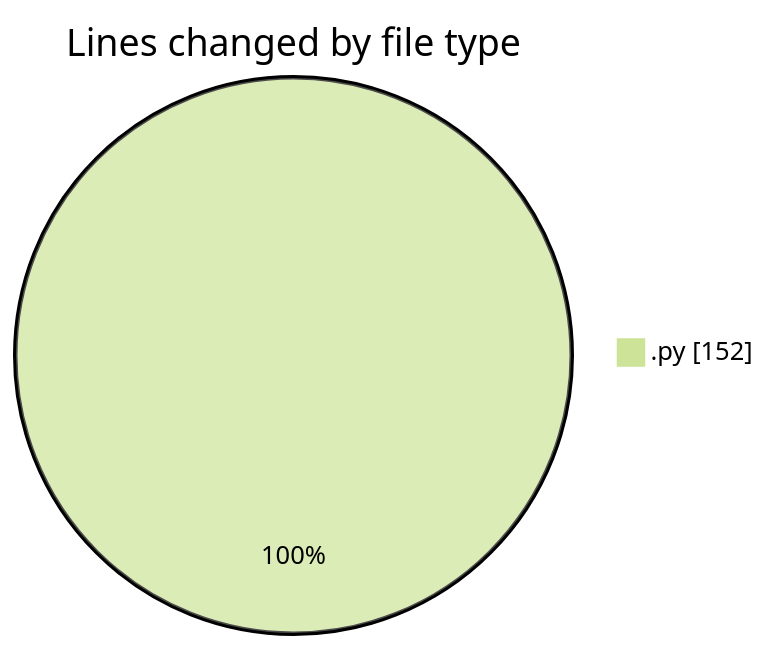
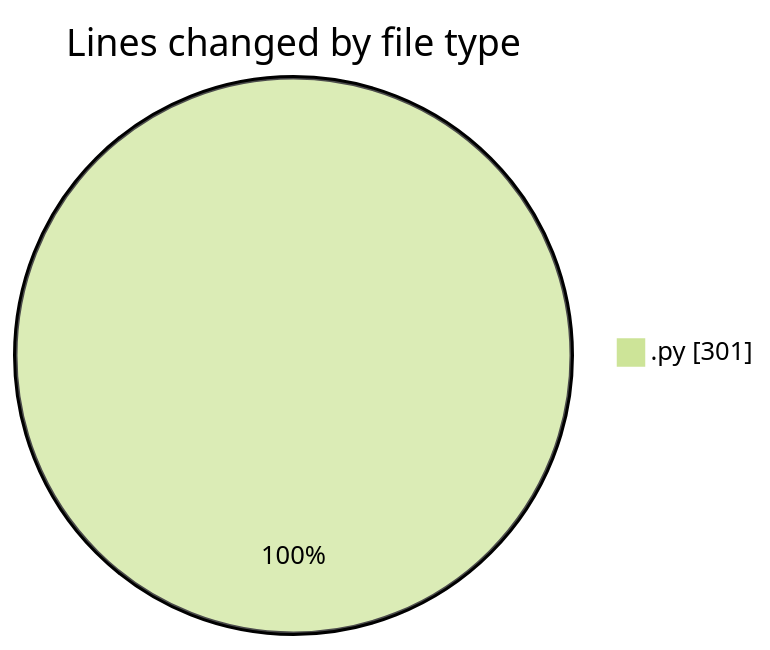
The first of 2 diagrams in 2025-11-14/eventscop-api-guide__workspace_/README.md (julien-gomy/code-tracking), drawn with Mermaid (forest theme) before and after one commit. The commit also changed other lines of this file and 1 other file, not shown here.

````diff
--- a/2025-11-14/eventscop-api-guide__workspace_/README.md
+++ b/2025-11-14/eventscop-api-guide__workspace_/README.md
@@ -20,5 +21,5 @@
 ```mermaid
 pie showData
 title Lines changed by file type
-".py" : 152
+".py" : 301
 ```
````
